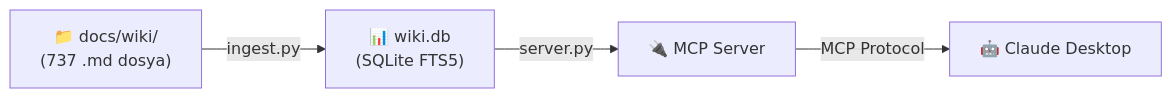
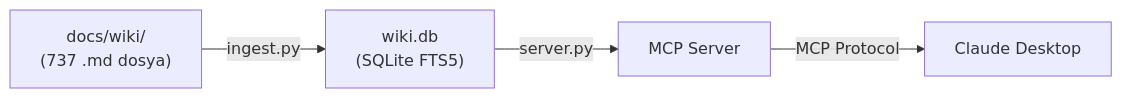
One commit to tasdeleno/SiberSelma changed the first of 5 diagrams in README.md. Above: the diagram before and after it, drawn with Mermaid. The commit also changed other lines of this file, not shown here.

First line of the commit message:
fix: Mermaid diyagramlarından emoji ve HTML tag'leri temizlendi

````diff
--- a/README.md
+++ b/README.md
@@ -143,6 +143,6 @@
 ```mermaid
 graph LR
-    A["📁 docs/wiki/<br/>(737 .md dosya)"] -->|ingest.py| B["📊 wiki.db<br/>(SQLite FTS5)"]
-    B -->|server.py| C["🔌 MCP Server"]
-    C -->|MCP Protocol| D["🤖 Claude Desktop"]
+    A["docs/wiki/\n(737 .md dosya)"] -->|ingest.py| B["wiki.db\n(SQLite FTS5)"]
+    B -->|server.py| C["MCP Server"]
+    C -->|MCP Protocol| D["Claude Desktop"]
 ```
````
